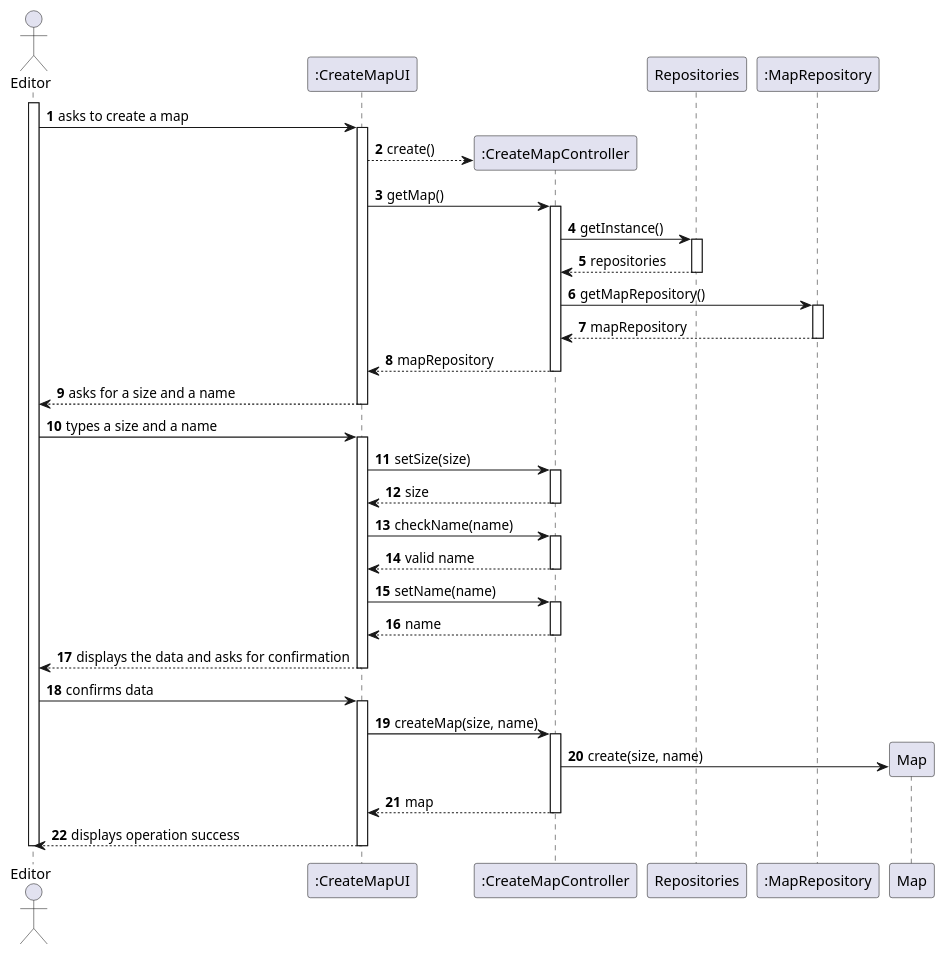
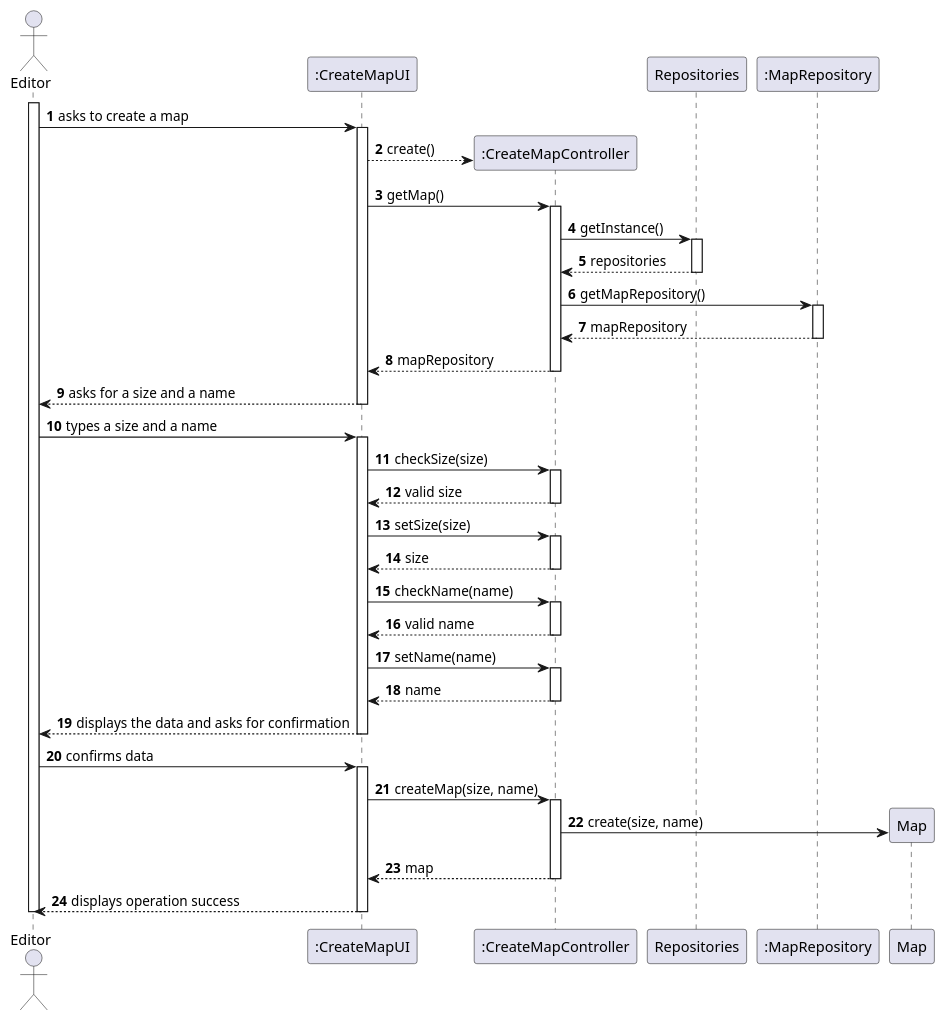
The diagram in Sprint2/US001/03.design/puml/US001-SD-full.puml (1240935/pi2-railway-simulator), drawn with PlantUML before and after one commit. The commit also changed 20 other files, not shown here.

```diff
--- a/Sprint2/US001/03.design/puml/US001-SD-full.puml
+++ b/Sprint2/US001/03.design/puml/US001-SD-full.puml
@@ -1,71 +1,76 @@
 @startuml
 'skinparam monochrome true
 skinparam packageStyle rectangle
 skinparam shadowing false
 
 autonumber
 
 'hide footbox
 
     actor "Editor" as EDITOR
     participant ":CreateMapUI" as UI
     participant ":CreateMapController" as CTRL
     participant "Repositories" as REPOS
     participant ":MapRepository" as MAP_REPO
     participant "Map" as MAP
 
     activate EDITOR
 
         EDITOR -> UI : asks to create a map
         activate UI
             UI --> CTRL** : create()
 
             UI -> CTRL : getMap()
             activate CTRL
               CTRL -> REPOS : getInstance()
               activate REPOS
                 REPOS --> CTRL: repositories
               deactivate REPOS
                 CTRL -> MAP_REPO : getMapRepository()
               activate MAP_REPO
                 MAP_REPO --> CTRL: mapRepository
               deactivate MAP_REPO
                 CTRL --> UI : mapRepository
             deactivate CTRL
 
             UI --> EDITOR : asks for a size and a name
         deactivate UI
 
         EDITOR -> UI :  types a size and a name
         activate UI
+
+            UI -> CTRL: checkSize(size)
+            activate CTRL
+                CTRL --> UI : valid size
+                deactivate CTRL
             UI -> CTRL: setSize(size)
             activate CTRL
                 CTRL --> UI : size
             deactivate CTRL
             UI -> CTRL: checkName(name)
             activate CTRL
                 CTRL --> UI : valid name
             deactivate CTRL
             UI -> CTRL: setName(name)
             activate CTRL
             CTRL --> UI: name
             deactivate CTRL
 
             UI --> EDITOR : displays the data and asks for confirmation
 
         deactivate UI
 
         EDITOR -> UI : confirms data
         activate UI
 
             UI -> CTRL : createMap(size, name)
             activate CTRL
                 CTRL -> MAP**: create(size, name)
 
                 CTRL --> UI : map
                 deactivate CTRL
             UI --> EDITOR : displays operation success
         deactivate UI
 
     deactivate EDITOR
     @enduml
```
